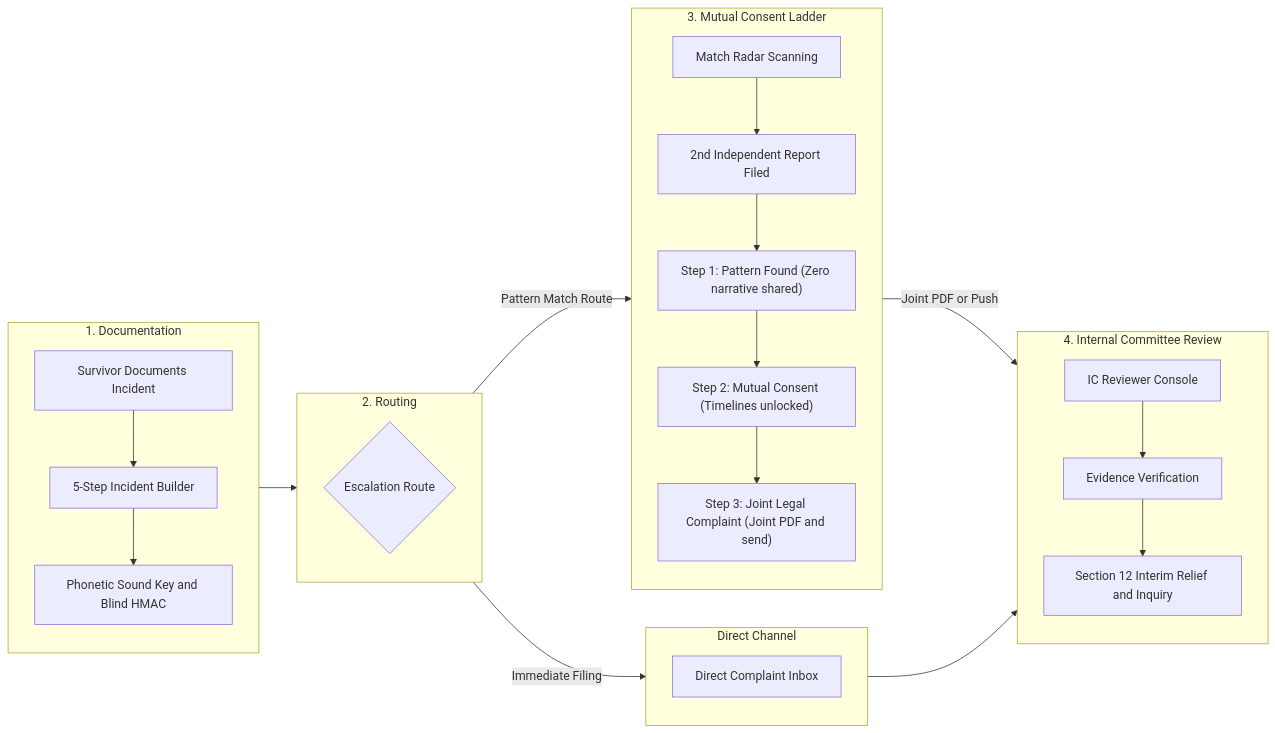
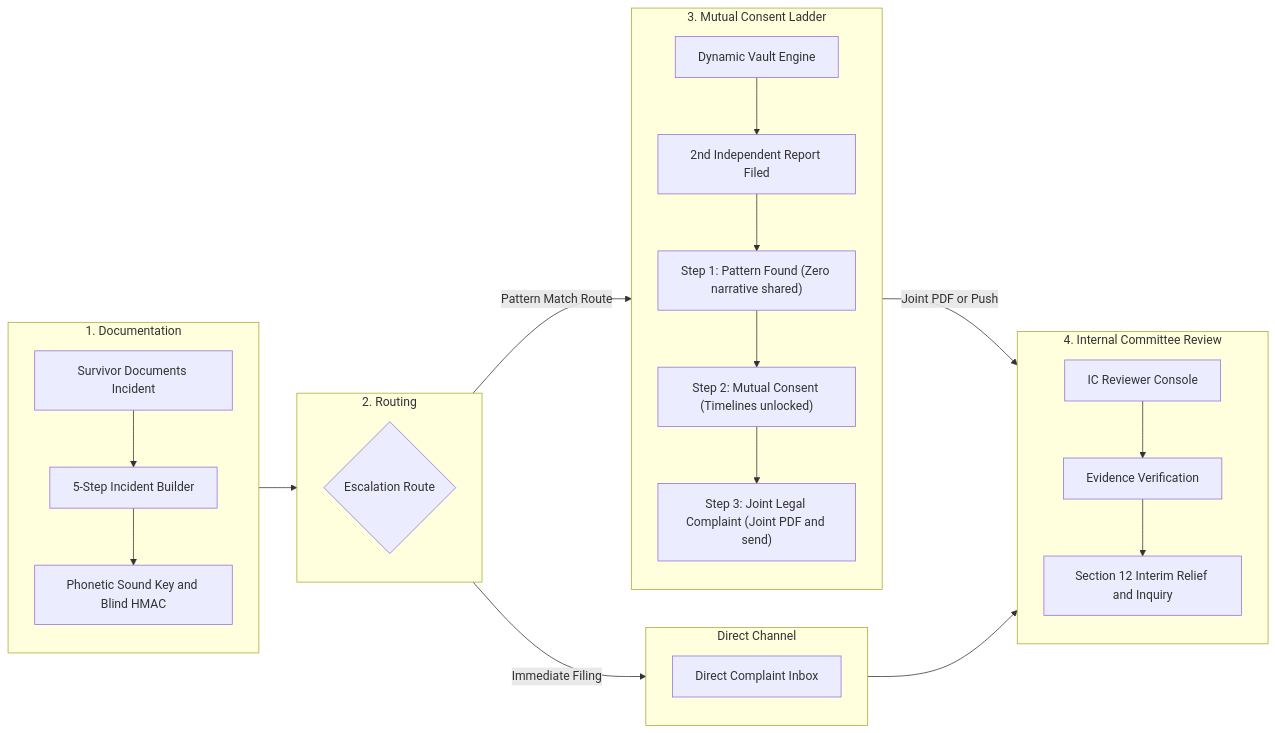
Before and after one commit to gayathrii3/Aawaz-safeEscrow: the diagram in README.md, drawn with Mermaid. The commit also changed other lines of this file and 2 other files, not shown here.

````diff
--- a/README.md
+++ b/README.md
@@ -24,35 +32,35 @@
 ```mermaid
 flowchart LR
     subgraph Intake["1. Documentation"]
         direction TB
         A[Survivor Documents Incident] --> B[5-Step Incident Builder]
         B --> C[Phonetic Sound Key and Blind HMAC]
     end
 
     subgraph Routing["2. Routing"]
         direction TB
         C --> D{Escalation Route}
     end
 
     subgraph DirectRoute["Direct Channel"]
         direction TB
         D -->|Immediate Filing| F[Direct Complaint Inbox]
     end
 
     subgraph MatchingRoute["3. Mutual Consent Ladder"]
         direction TB
-        D -->|Pattern Match Route| E[Match Radar Scanning]
+        D -->|Pattern Match Route| E[Dynamic Vault Engine]
         E --> G[2nd Independent Report Filed]
         G --> H["Step 1: Pattern Found (Zero narrative shared)"]
         H --> I["Step 2: Mutual Consent (Timelines unlocked)"]
         I --> J["Step 3: Joint Legal Complaint (Joint PDF and send)"]
     end
 
     subgraph IC["4. Internal Committee Review"]
         direction TB
         F --> M[IC Reviewer Console]
         J -->|Joint PDF or Push| M
         M --> N[Evidence Verification]
         N --> O[Section 12 Interim Relief and Inquiry]
     end
 ```
````
